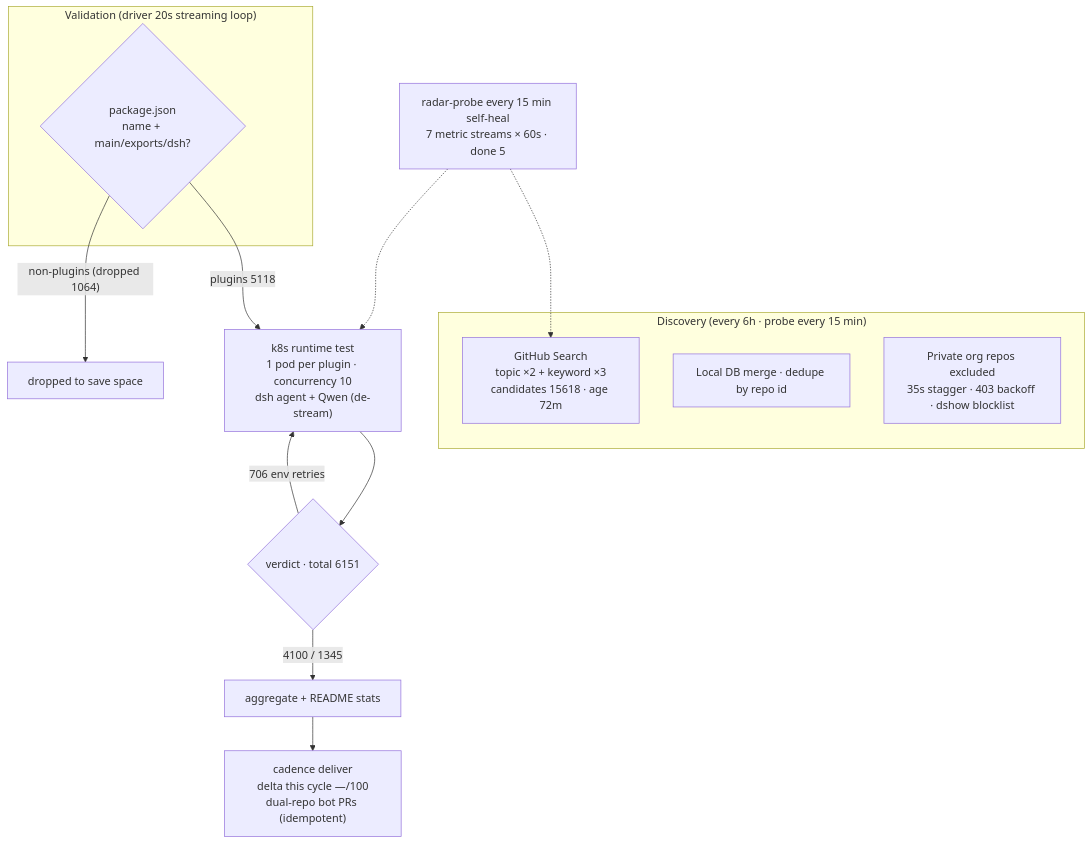
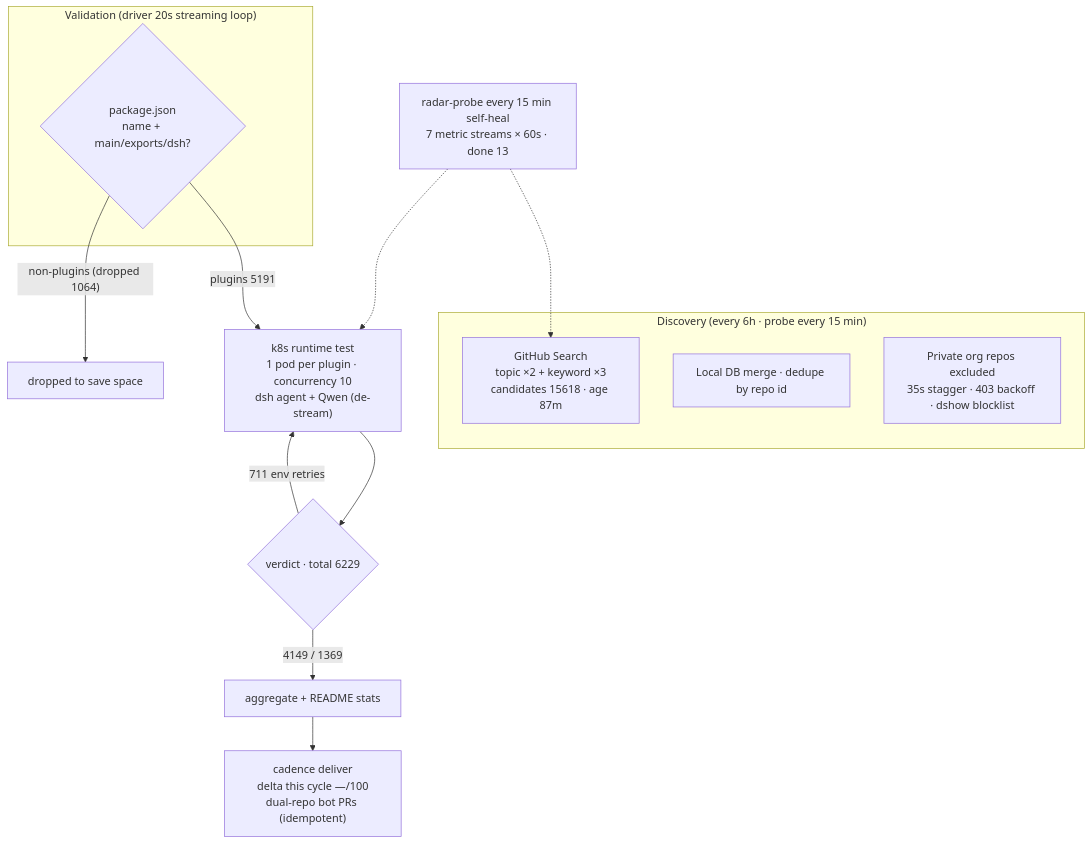
The diagram in README.en-US.md (AdamPlatin123/awesome-dsh-plugins), drawn with Mermaid before and after one commit. The commit also changed other lines of this file and 5 other files, not shown here.

````diff
--- a/README.en-US.md
+++ b/README.en-US.md
@@ -30,20 +30,20 @@
 ```mermaid
 flowchart TB
     subgraph Discovery["Discovery (every 6h · probe every 15 min)"]
-        A1["GitHub Search<br/>topic ×2 + keyword ×3<br/>candidates 15618 · age 72m"]
+        A1["GitHub Search<br/>topic ×2 + keyword ×3<br/>candidates 15618 · age 87m"]
         A2["Local DB merge · dedupe by repo id"]
         A3["Private org repos excluded<br/>35s stagger · 403 backoff · dshow blocklist"]
     end
     subgraph Validation["Validation (driver 20s streaming loop)"]
         B1{"package.json<br/>name + main/exports/dsh?"}
     end
-    B1 -->|"plugins 5118"| C1["k8s runtime test<br/>1 pod per plugin · concurrency 10<br/>dsh agent + Qwen (de-stream)"]
+    B1 -->|"plugins 5191"| C1["k8s runtime test<br/>1 pod per plugin · concurrency 10<br/>dsh agent + Qwen (de-stream)"]
     B1 -->|"non-plugins (dropped 1064)"| B3["dropped to save space"]
-    C1 --> D1{"verdict · total 6151"}
-    D1 -->|"4100 / 1345"| E1["aggregate + README stats"]
-    D1 -->|"706 env retries"| C1
+    C1 --> D1{"verdict · total 6229"}
+    D1 -->|"4149 / 1369"| E1["aggregate + README stats"]
+    D1 -->|"711 env retries"| C1
     E1 --> E2["cadence deliver<br/>delta this cycle —/100<br/>dual-repo bot PRs (idempotent)"]
-    M["radar-probe every 15 min self-heal<br/>7 metric streams × 60s · done 5"]
+    M["radar-probe every 15 min self-heal<br/>7 metric streams × 60s · done 13"]
     M -.-> A1
     M -.-> C1
 ```
````
